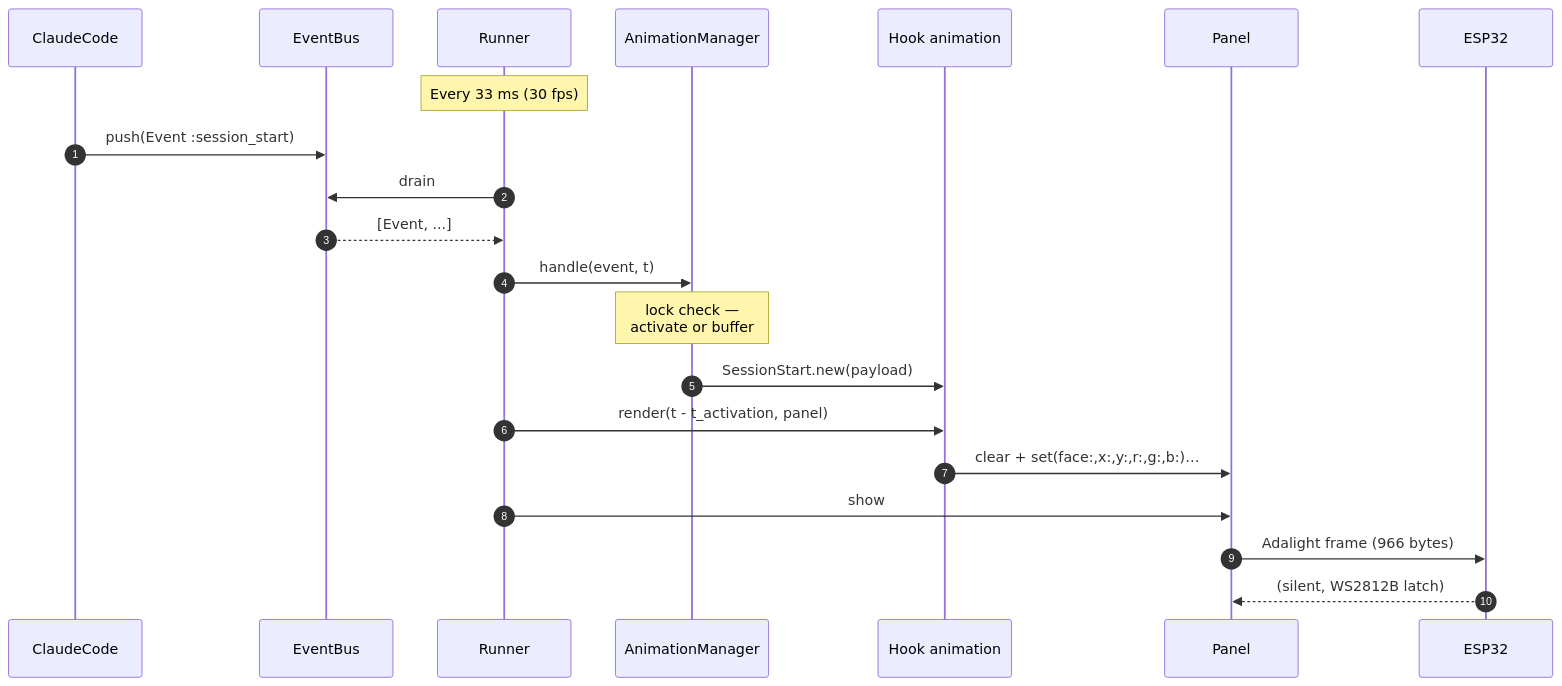
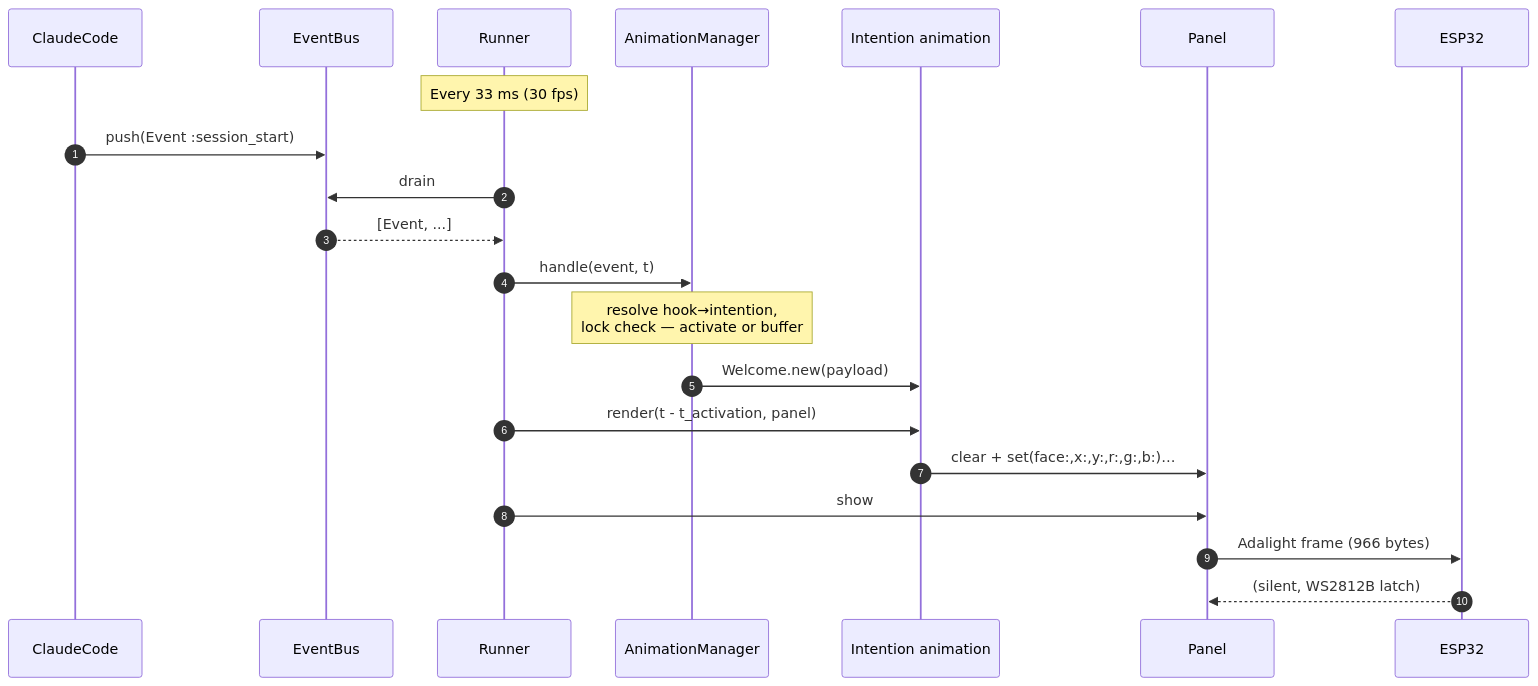
One commit to CROUZET/claudine-cube changed the second of 4 diagrams in docs/SOFTWARE.md. Above: the diagram before and after it, drawn with Mermaid. The commit also changed other lines of this file and 79 other files, not shown here.

````diff
--- a/docs/SOFTWARE.md
+++ b/docs/SOFTWARE.md
@@ -51,24 +51,24 @@
 ```mermaid
 sequenceDiagram
     autonumber
     participant CC as ClaudeCode
     participant Bus as EventBus
     participant Runner
     participant Mgr as AnimationManager
-    participant Anim as Hook animation
+    participant Anim as Intention animation
     participant Panel
     participant ESP as ESP32
 
     Note over Runner: Every 33 ms (30 fps)
     CC->>Bus: push(Event :session_start)
     Runner->>Bus: drain
     Bus-->>Runner: [Event, ...]
     Runner->>Mgr: handle(event, t)
-    Note over Mgr: lock check —<br/>activate or buffer
-    Mgr->>Anim: SessionStart.new(payload)
+    Note over Mgr: resolve hook→intention,<br/>lock check — activate or buffer
+    Mgr->>Anim: Welcome.new(payload)
     Runner->>Anim: render(t - t_activation, panel)
     Anim->>Panel: clear + set(face:,x:,y:,r:,g:,b:)…
     Runner->>Panel: show
     Panel->>ESP: Adalight frame (966 bytes)
     ESP-->>Panel: (silent, WS2812B latch)
 ```
````
